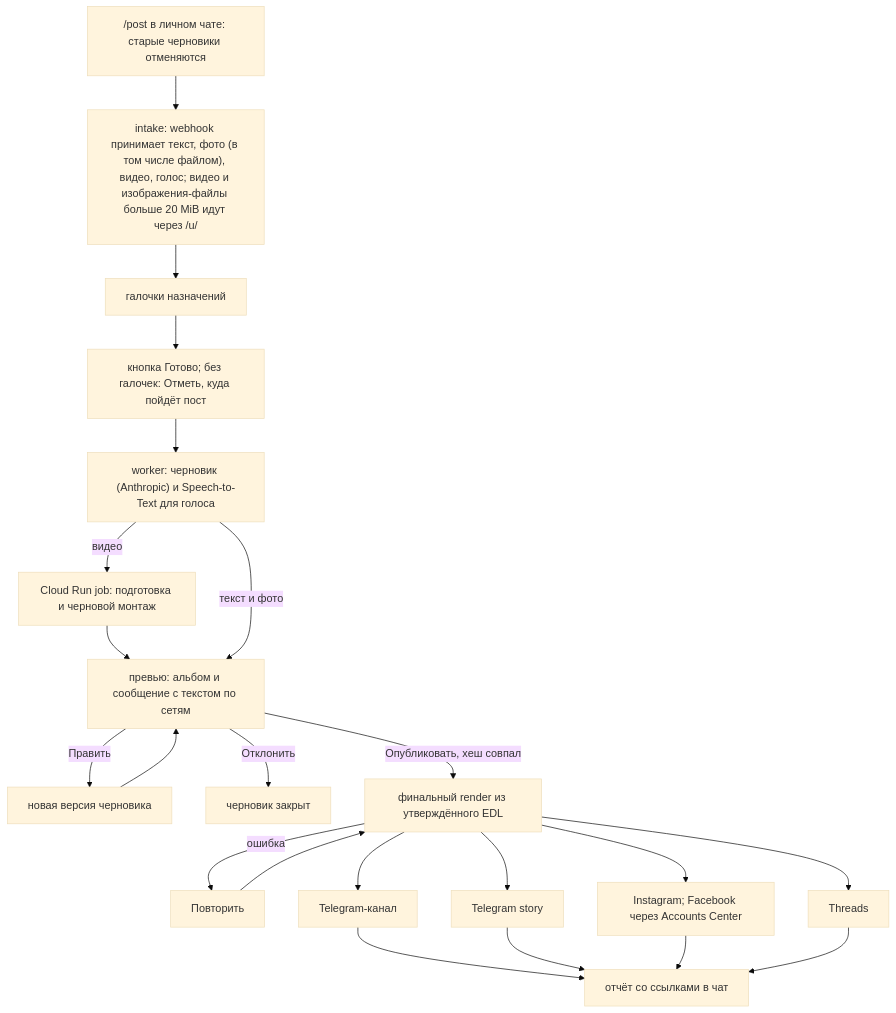
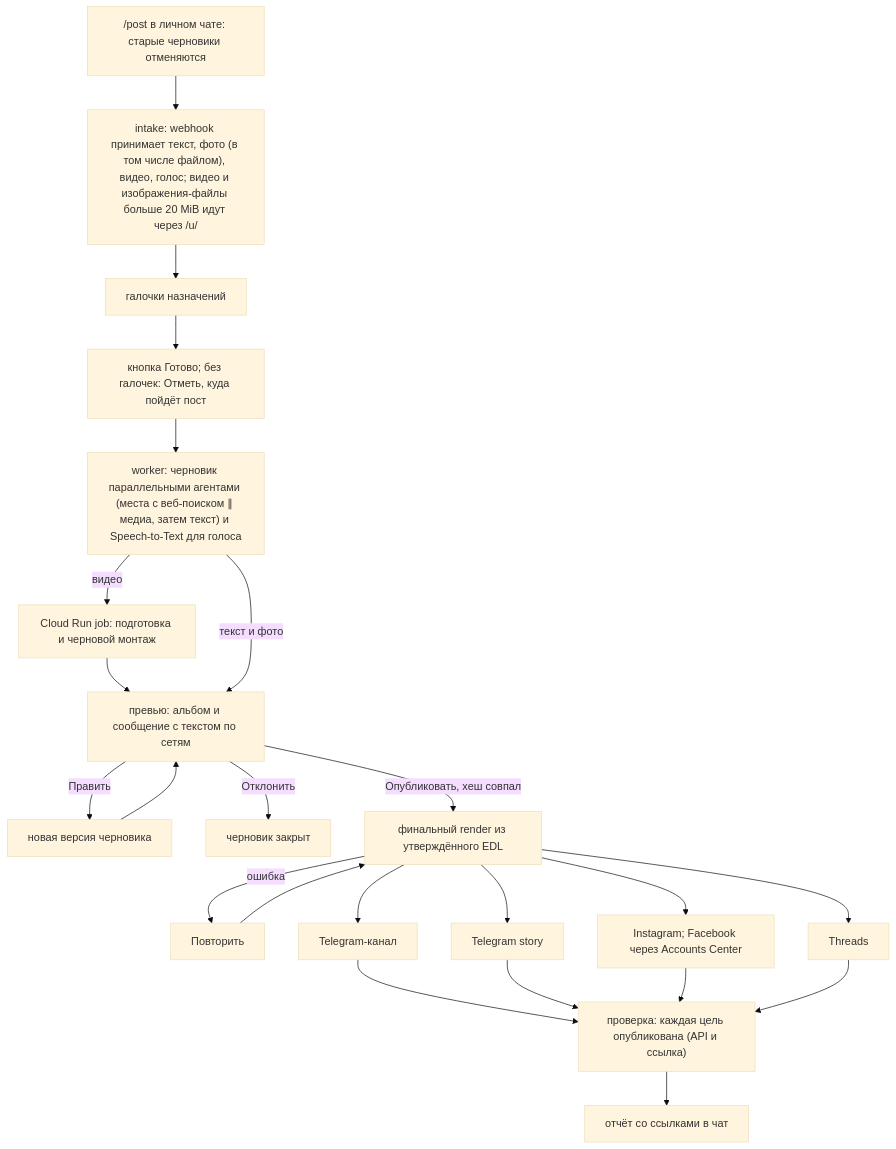
Before and after one commit to romacv/romacv: the third of 3 diagrams in autopost/docs/autopost.md, drawn with Mermaid (base theme). The commit also changed other lines of this file and 14 other files, not shown here.

````diff
--- a/autopost/docs/autopost.md
+++ b/autopost/docs/autopost.md
@@ -122,24 +124,25 @@
 ```mermaid
 flowchart TD
     cmd["/post в личном чате: старые черновики отменяются"] --> intake["intake: webhook принимает текст, фото (в том числе файлом), видео, голос; видео и изображения-файлы больше 20 MiB идут через /u/"]
     intake --> boxes["галочки назначений"]
     boxes --> done["кнопка Готово; без галочек: Отметь, куда пойдёт пост"]
-    done --> agent["worker: черновик (Anthropic) и Speech-to-Text для голоса"]
+    done --> agent["worker: черновик параллельными агентами (места с веб-поиском ∥ медиа, затем текст) и Speech-to-Text для голоса"]
     agent -->|видео| prep["Cloud Run job: подготовка и черновой монтаж"]
     prep --> preview
     agent -->|текст и фото| preview["превью: альбом и сообщение с текстом по сетям"]
     preview -->|Править| edit["новая версия черновика"]
     edit --> preview
     preview -->|Отклонить| closed["черновик закрыт"]
     preview -->|Опубликовать, хеш совпал| final["финальный render из утверждённого EDL"]
     final -->|ошибка| retry["Повторить"]
     retry --> final
     final --> tgc["Telegram-канал"]
     final --> tgs["Telegram story"]
     final --> ig["Instagram; Facebook через Accounts Center"]
     final --> th["Threads"]
-    tgc --> report["отчёт со ссылками в чат"]
-    tgs --> report
-    ig --> report
-    th --> report
+    tgc --> verify["проверка: каждая цель опубликована (API и ссылка)"]
+    tgs --> verify
+    ig --> verify
+    th --> verify
+    verify --> report["отчёт со ссылками в чат"]
 ```
````
